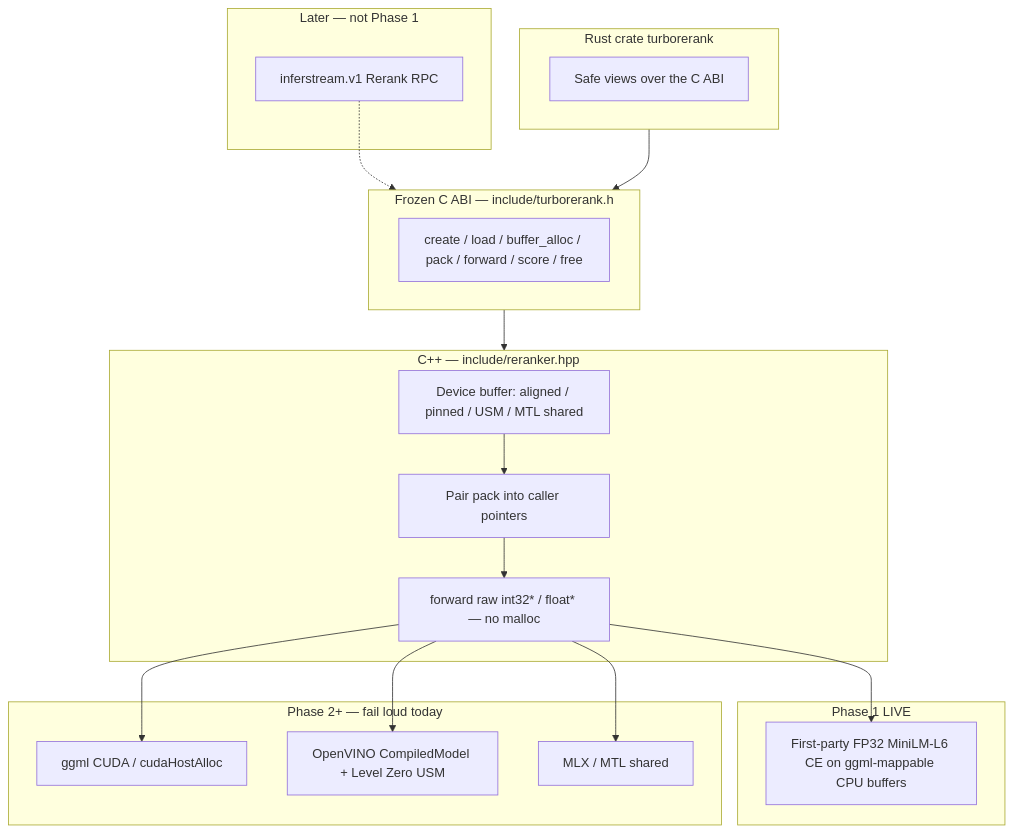
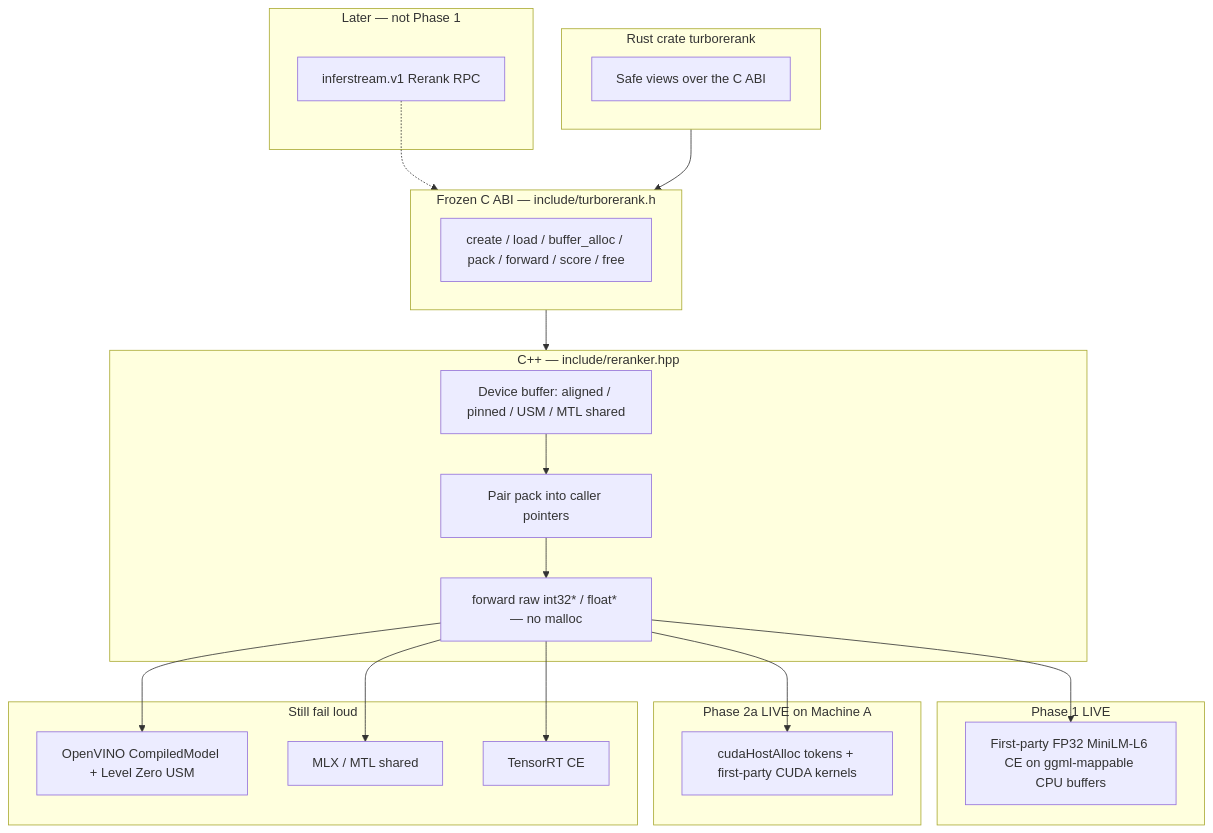
The diagram in docs/turborerank-architecture.md (ai-pipestream/turboembed), drawn with Mermaid before and after one commit. The commit also changed other lines of this file and 20 other files, not shown here.

First line of the commit message:
feat: TurboRerank Phase 2a NVIDIA CUDA MiniLM CE

````diff
--- a/docs/turborerank-architecture.md
+++ b/docs/turborerank-architecture.md
@@ -154,39 +155,44 @@
 ```mermaid
 flowchart TB
     subgraph later [Later — not Phase 1]
         RPC["inferstream.v1 Rerank RPC"]
     end
 
     subgraph rust [Rust crate turborerank]
         Safe["Safe views over the C ABI"]
     end
 
     subgraph abi [Frozen C ABI — include/turborerank.h]
         H["create / load / buffer_alloc / pack / forward / score / free"]
     end
 
     subgraph cpp [C++ — include/reranker.hpp]
         Buf["Device buffer: aligned / pinned / USM / MTL shared"]
         Pack["Pair pack into caller pointers"]
         Fwd["forward raw int32* / float* — no malloc"]
     end
 
     subgraph cpu [Phase 1 LIVE]
         BERT["First-party FP32 MiniLM-L6 CE on ggml-mappable CPU buffers"]
     end
 
-    subgraph laterhw [Phase 2+ — fail loud today]
-        CUDA["ggml CUDA / cudaHostAlloc"]
+    subgraph cuda [Phase 2a LIVE on Machine A]
+        CUDA["cudaHostAlloc tokens + first-party CUDA kernels"]
+    end
+
+    subgraph laterhw [Still fail loud]
         OV["OpenVINO CompiledModel + Level Zero USM"]
         MTL["MLX / MTL shared"]
+        TRT["TensorRT CE"]
     end
 
     RPC -.-> abi
     rust --> abi
     abi --> cpp
     Buf --> Pack --> Fwd
     Fwd --> BERT
     Fwd --> CUDA
     Fwd --> OV
     Fwd --> MTL
+    Fwd --> TRT
 ```
````
